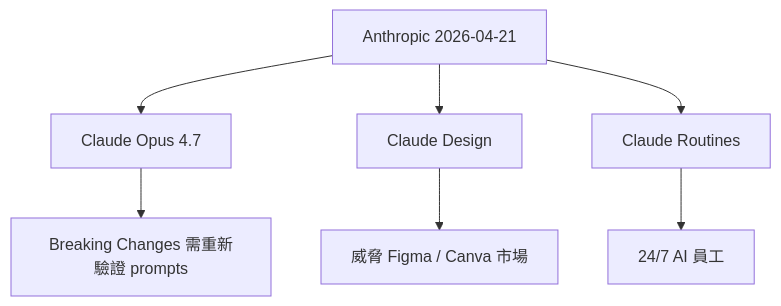
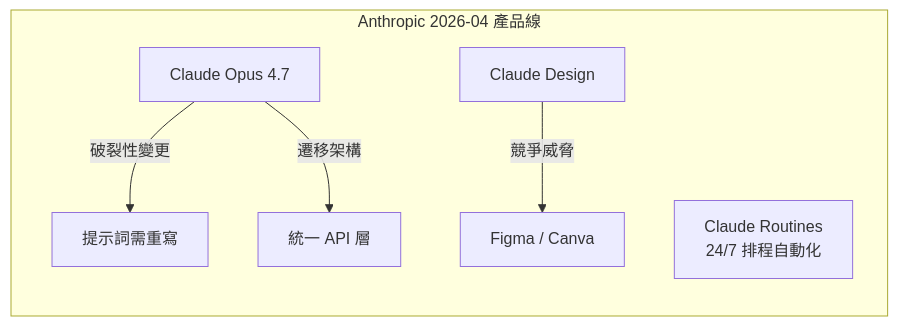
The diagram in 20-daily/2026-04-21.md (nick-xrex/ai-daily-content), drawn with Mermaid before and after one commit. The commit also changed other lines of this file, not shown here.

````diff
--- a/20-daily/2026-04-21.md
+++ b/20-daily/2026-04-21.md
@@ -47,9 +51,9 @@
 ```mermaid
-graph TD
-    A[Anthropic 2026-04-21] --> B[Claude Opus 4.7]
-    A --> C[Claude Design]
-    A --> D[Claude Routines]
-    B --> E[Breaking Changes 需重新驗證 prompts]
-    C --> F[威脅 Figma / Canva 市場]
-    D --> G[24/7 AI 員工]
+flowchart LR
+    subgraph Anthropic_Apr2026[Anthropic 2026-04 產品線]
+        A[Claude Opus 4.7] -->|破裂性變更| B[提示詞需重寫]
+        A -->|遷移架構| C[統一 API 層]
+        D[Claude Design] -->|競爭威脅| E[Figma / Canva]
+        F[Claude Routines\n24/7 排程自動化]
+    end
 ```
````
